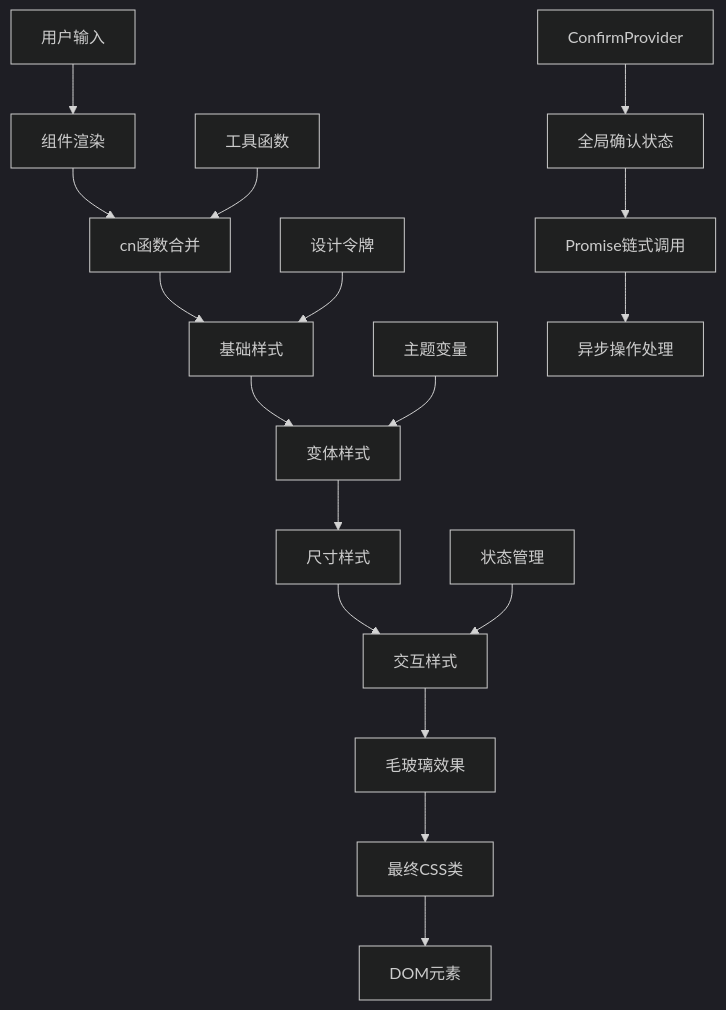
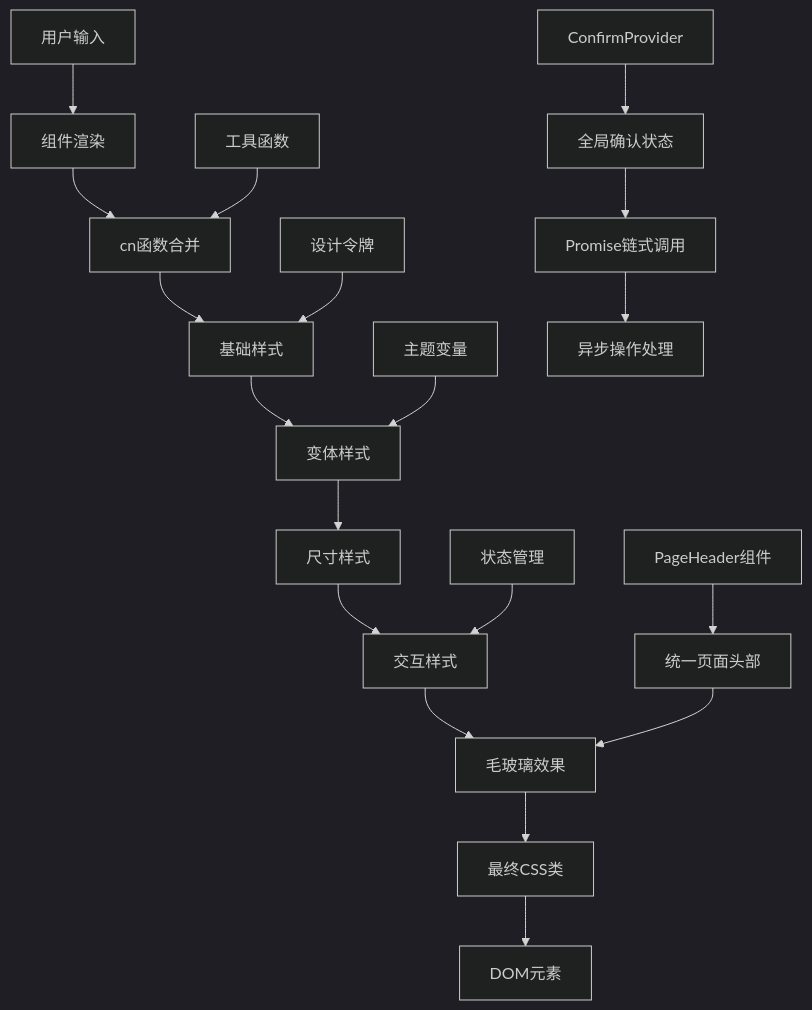
The third of 10 diagrams in .qoder/repowiki/zh/content/前端组件/Apple Liquid Glass UI组件系统.md (RadiumAg/AIGate), drawn with Mermaid (dark theme) before and after one commit. The commit also changed other lines of this file and 4 other files, not shown here.

````diff
--- a/.qoder/repowiki/zh/content/前端组件/Apple Liquid Glass UI组件系统.md
+++ b/.qoder/repowiki/zh/content/前端组件/Apple Liquid Glass UI组件系统.md
@@ -204,19 +235,21 @@
 ```mermaid
 flowchart TD
 A[用户输入] --> B[组件渲染]
 B --> C[cn函数合并]
 C --> D[基础样式]
 D --> E[变体样式]
 E --> F[尺寸样式]
 F --> G[交互样式]
 G --> H[毛玻璃效果]
 H --> I[最终CSS类]
 I --> J[DOM元素]
 K[工具函数] --> C
 L[设计令牌] --> D
 M[主题变量] --> E
 N[状态管理] --> G
 O[ConfirmProvider] --> P[全局确认状态]
 P --> Q[Promise链式调用]
 Q --> R[异步操作处理]
+S[PageHeader组件] --> T[统一页面头部]
+T --> H
 ```
````
